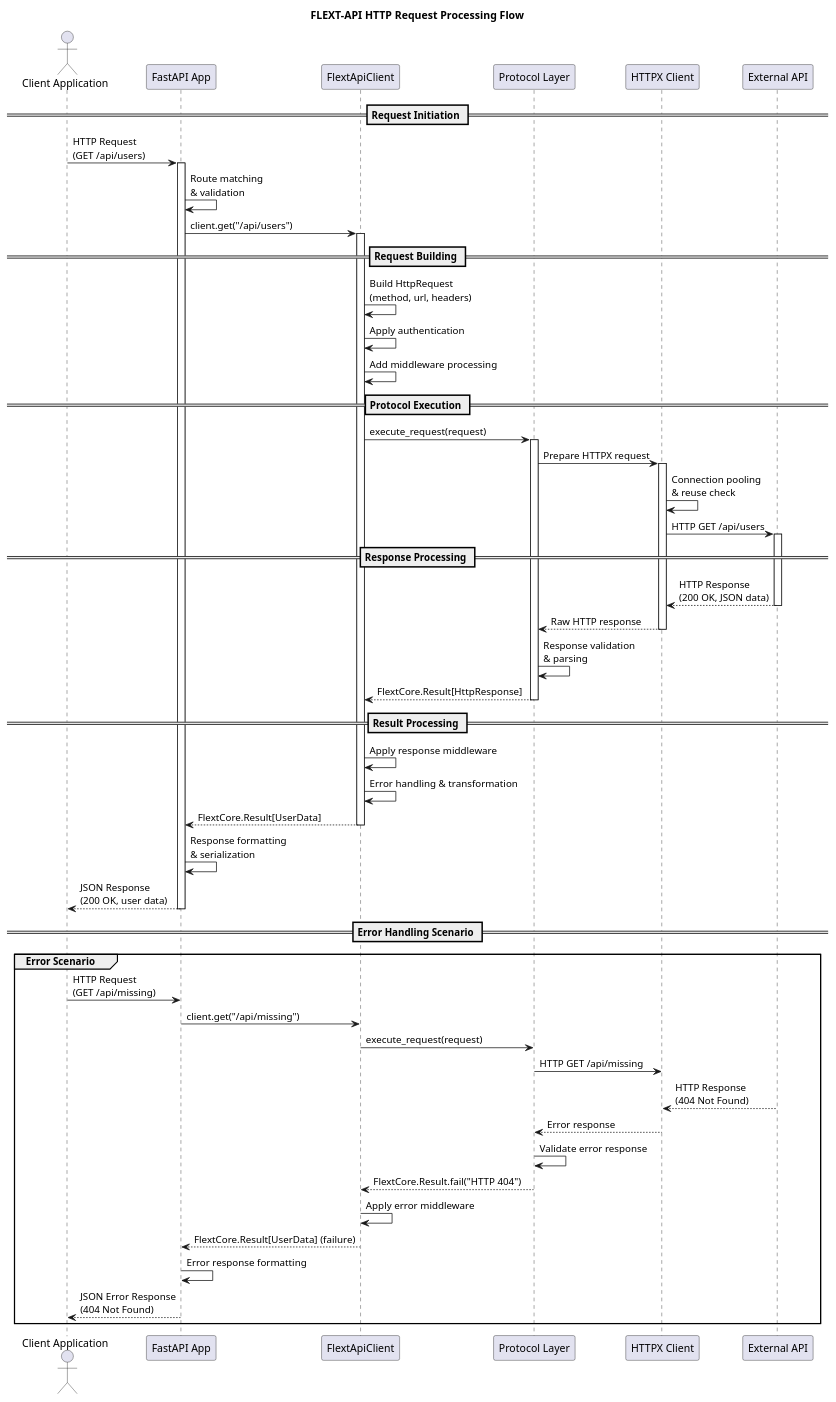
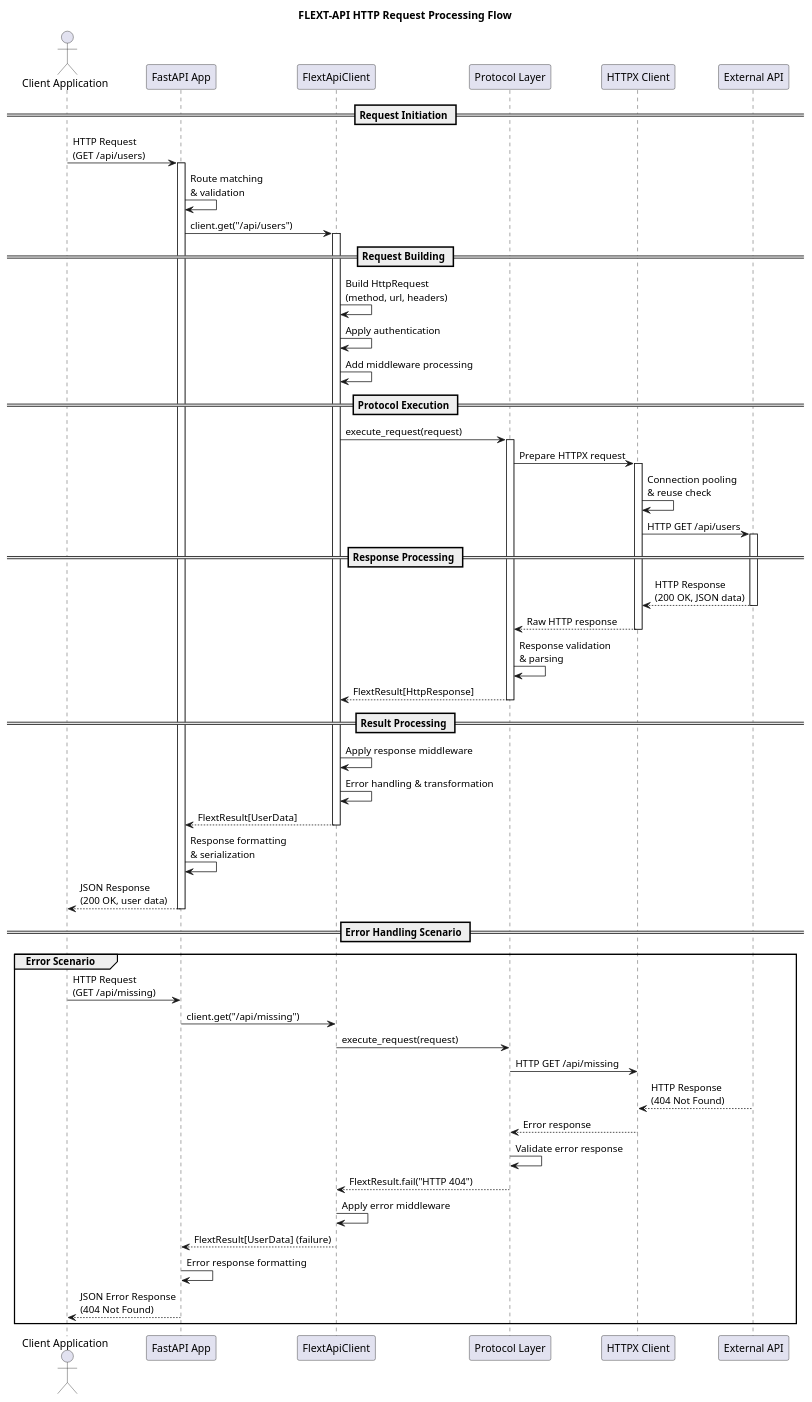
The diagram in docs/architecture/diagrams/http-request-flow.puml (flext-sh/flext-api), drawn with PlantUML before and after one commit. The commit also changed 66 other files, not shown here.

```diff
--- a/docs/architecture/diagrams/http-request-flow.puml
+++ b/docs/architecture/diagrams/http-request-flow.puml
@@ -1,76 +1,76 @@
 @startuml HTTP Request Flow
 title FLEXT-API HTTP Request Processing Flow
 
 actor "Client Application" as Client
 participant "FastAPI App" as FastAPI
 participant "FlextApiClient" as ClientLib
 participant "Protocol Layer" as Protocol
 participant "HTTPX Client" as HTTPX
 participant "External API" as External
 
 == Request Initiation ==
 Client -> FastAPI: HTTP Request\n(GET /api/users)
 activate FastAPI
 
 FastAPI -> FastAPI: Route matching\n& validation
 FastAPI -> ClientLib: client.get("/api/users")
 activate ClientLib
 
 == Request Building ==
 ClientLib -> ClientLib: Build HttpRequest\n(method, url, headers)
 ClientLib -> ClientLib: Apply authentication
 ClientLib -> ClientLib: Add middleware processing
 
 == Protocol Execution ==
 ClientLib -> Protocol: execute_request(request)
 activate Protocol
 
 Protocol -> HTTPX: Prepare HTTPX request
 activate HTTPX
 
 HTTPX -> HTTPX: Connection pooling\n& reuse check
 HTTPX -> External: HTTP GET /api/users
 activate External
 
 == Response Processing ==
 External --> HTTPX: HTTP Response\n(200 OK, JSON data)
 deactivate External
 
 HTTPX --> Protocol: Raw HTTP response
 deactivate HTTPX
 
 Protocol -> Protocol: Response validation\n& parsing
-Protocol --> ClientLib: FlextCore.Result[HttpResponse]
+Protocol --> ClientLib: FlextResult[HttpResponse]
 deactivate Protocol
 
 == Result Processing ==
 ClientLib -> ClientLib: Apply response middleware
 ClientLib -> ClientLib: Error handling & transformation
-ClientLib --> FastAPI: FlextCore.Result[UserData]
+ClientLib --> FastAPI: FlextResult[UserData]
 deactivate ClientLib
 
 FastAPI -> FastAPI: Response formatting\n& serialization
 FastAPI --> Client: JSON Response\n(200 OK, user data)
 deactivate FastAPI
 
 == Error Handling Scenario ==
 group Error Scenario
     Client -> FastAPI: HTTP Request\n(GET /api/missing)
     FastAPI -> ClientLib: client.get("/api/missing")
 
     ClientLib -> Protocol: execute_request(request)
     Protocol -> HTTPX: HTTP GET /api/missing
     External --> HTTPX: HTTP Response\n(404 Not Found)
 
     HTTPX --> Protocol: Error response
     Protocol -> Protocol: Validate error response
-    Protocol --> ClientLib: FlextCore.Result.fail("HTTP 404")
+    Protocol --> ClientLib: FlextResult.fail("HTTP 404")
 
     ClientLib -> ClientLib: Apply error middleware
-    ClientLib --> FastAPI: FlextCore.Result[UserData] (failure)
+    ClientLib --> FastAPI: FlextResult[UserData] (failure)
 
     FastAPI -> FastAPI: Error response formatting
     FastAPI --> Client: JSON Error Response\n(404 Not Found)
 end
 
 @enduml
```
